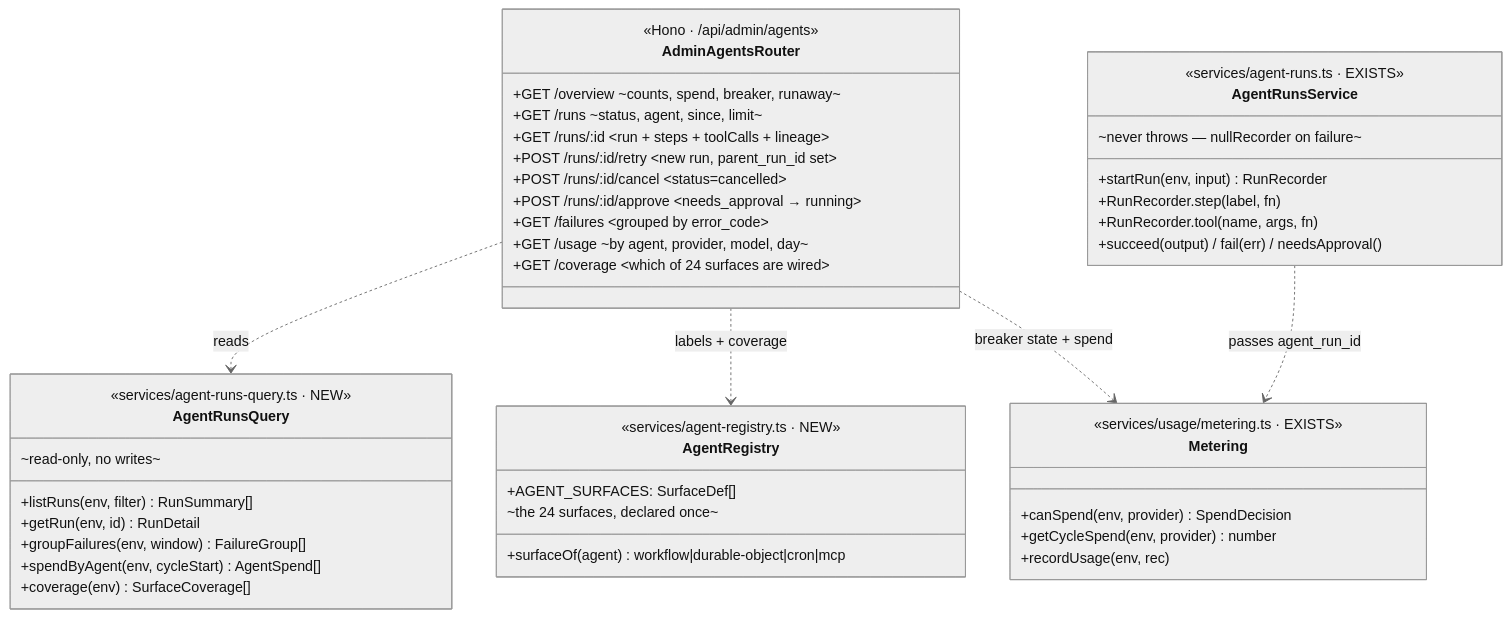
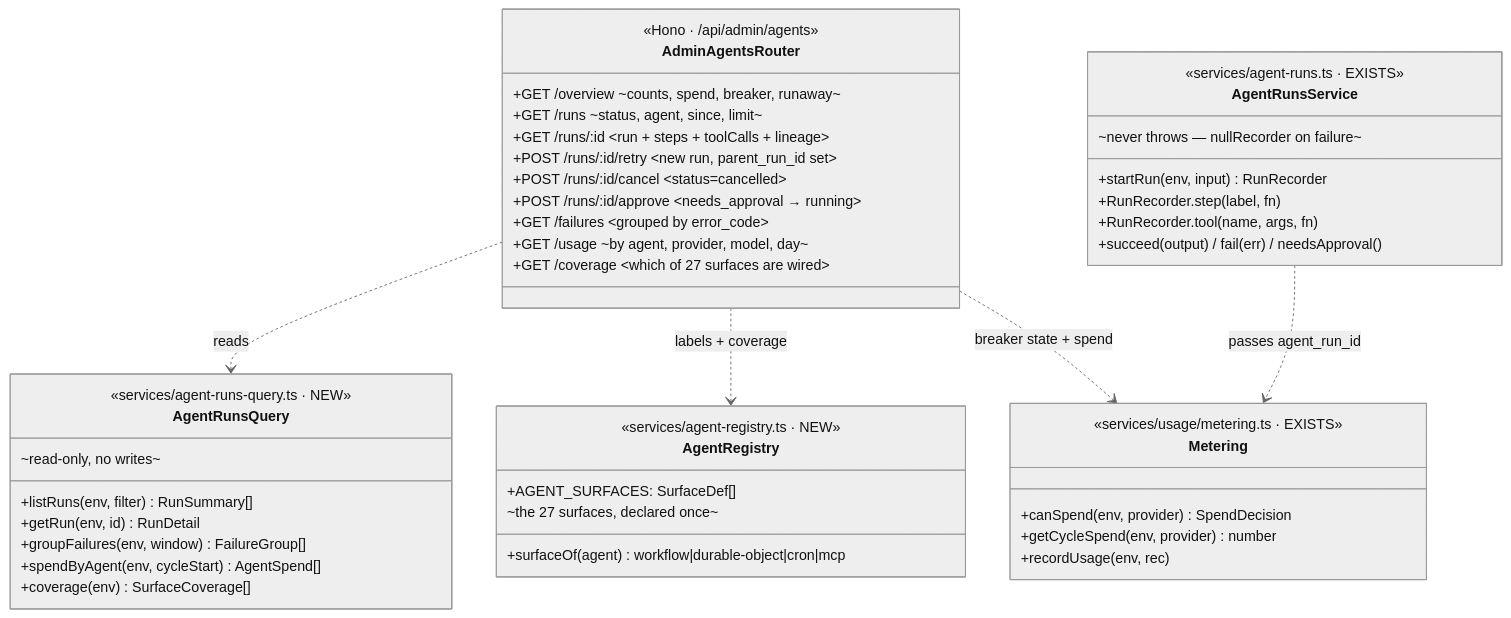
One commit to jmbish04/core-remodel changed the third of 5 diagrams in docs/0026_agent_ops_transparency/IMPLEMENTATION_PLAN.md. Above: the diagram before and after it, drawn with Mermaid (neutral theme). The commit also changed other lines of this file and 13 other files, not shown here.

````diff
--- a/docs/0026_agent_ops_transparency/IMPLEMENTATION_PLAN.md
+++ b/docs/0026_agent_ops_transparency/IMPLEMENTATION_PLAN.md
@@ -210,48 +210,48 @@
 ```mermaid
 classDiagram
     class AdminAgentsRouter {
         <<Hono · /api/admin/agents>>
         +GET  /overview  ~counts, spend, breaker, runaway~
         +GET  /runs      ~status, agent, since, limit~
         +GET  /runs/:id  ~run + steps + toolCalls + lineage~
         +POST /runs/:id/retry     ~new run, parent_run_id set~
         +POST /runs/:id/cancel    ~status=cancelled~
         +POST /runs/:id/approve   ~needs_approval → running~
         +GET  /failures  ~grouped by error_code~
         +GET  /usage     ~by agent, provider, model, day~
-        +GET  /coverage  ~which of 24 surfaces are wired~
+        +GET  /coverage  ~which of 27 surfaces are wired~
     }
     class AgentRunsService {
         <<services/agent-runs.ts · EXISTS>>
         +startRun(env, input) RunRecorder
         +RunRecorder.step(label, fn)
         +RunRecorder.tool(name, args, fn)
         +succeed(output) / fail(err) / needsApproval()
         ~never throws — nullRecorder on failure~
     }
     class AgentRunsQuery {
         <<services/agent-runs-query.ts · NEW>>
         +listRuns(env, filter) RunSummary[]
         +getRun(env, id) RunDetail
         +groupFailures(env, window) FailureGroup[]
         +spendByAgent(env, cycleStart) AgentSpend[]
         +coverage(env) SurfaceCoverage[]
         ~read-only, no writes~
     }
     class AgentRegistry {
         <<services/agent-registry.ts · NEW>>
         +AGENT_SURFACES: SurfaceDef[]
         +surfaceOf(agent) workflow|durable-object|cron|mcp
-        ~the 24 surfaces, declared once~
+        ~the 27 surfaces, declared once~
     }
     class Metering {
         <<services/usage/metering.ts · EXISTS>>
         +canSpend(env, provider) SpendDecision
         +getCycleSpend(env, provider) number
         +recordUsage(env, rec)
     }
     AdminAgentsRouter ..> AgentRunsQuery : reads
     AdminAgentsRouter ..> AgentRegistry : labels + coverage
     AdminAgentsRouter ..> Metering : breaker state + spend
     AgentRunsService ..> Metering : passes agent_run_id
 ```
````
